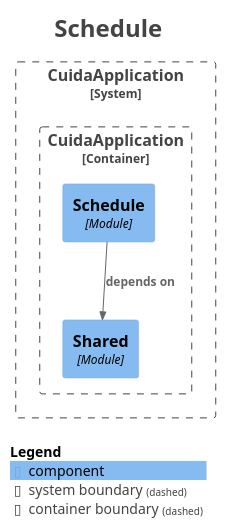
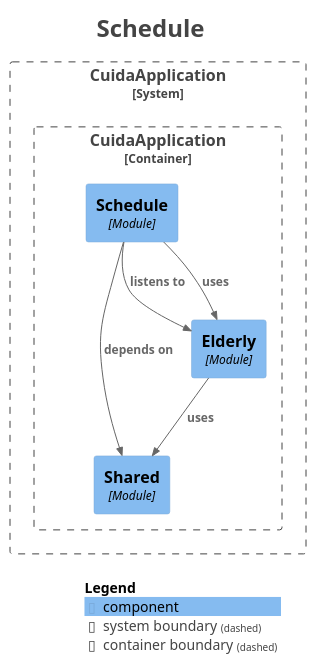
One commit to Rodrimir/alo_diario changed the diagram in docs/modules/module-schedule.puml. Above: the diagram before and after it, drawn with PlantUML. The commit also changed 43 other files, not shown here.

```diff
--- a/docs/modules/module-schedule.puml
+++ b/docs/modules/module-schedule.puml
@@ -1,30 +1,34 @@
 @startuml
 title <size:24>Schedule</size>
 
 set separator none
 top to bottom direction
 
 <style>
   root {
     BackgroundColor: #ffffff
     FontColor: #444444
   }
 </style>
 
 !include <C4/C4>
 !include <C4/C4_Context>
 !include <C4/C4_Component>
 
 System_Boundary("CuidaApplication_boundary", "CuidaApplication", $tags="") {
   Container_Boundary("CuidaApplication.CuidaApplication_boundary", "CuidaApplication", $tags="") {
     Component(CuidaApplication.CuidaApplication.Schedule, "Schedule", $techn="Module", $descr="", $tags="", $link="")
     Component(CuidaApplication.CuidaApplication.Shared, "Shared", $techn="Module", $descr="", $tags="", $link="")
+    Component(CuidaApplication.CuidaApplication.Elderly, "Elderly", $techn="Module", $descr="", $tags="", $link="")
   }
 
 }
 
+Rel(CuidaApplication.CuidaApplication.Elderly, CuidaApplication.CuidaApplication.Shared, "uses", $techn="", $tags="", $link="")
+Rel(CuidaApplication.CuidaApplication.Schedule, CuidaApplication.CuidaApplication.Elderly, "listens to", $techn="", $tags="", $link="")
+Rel(CuidaApplication.CuidaApplication.Schedule, CuidaApplication.CuidaApplication.Elderly, "uses", $techn="", $tags="", $link="")
 Rel(CuidaApplication.CuidaApplication.Schedule, CuidaApplication.CuidaApplication.Shared, "depends on", $techn="", $tags="", $link="")
 
 SHOW_LEGEND(true)
 hide stereotypes
 @enduml
```
